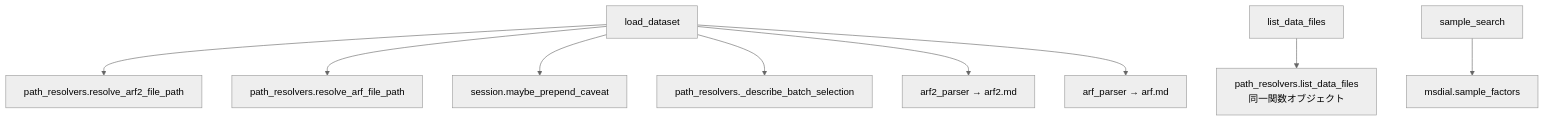
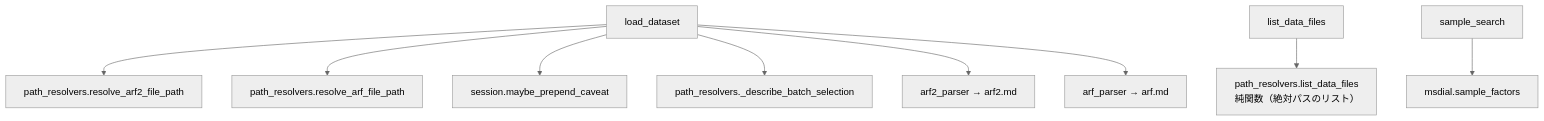
The diagram in docs/workflow/dataset.md (systemsomicslab/Lipidmix_with_LLM), drawn with Mermaid (neutral theme) before and after one commit. The commit also changed other lines of this file and 34 other files, not shown here.

````diff
--- a/docs/workflow/dataset.md
+++ b/docs/workflow/dataset.md
@@ -7,11 +7,11 @@
 ```mermaid
 flowchart TD
     LD[load_dataset] --> RES1[path_resolvers.resolve_arf2_file_path]
     LD --> RES2[path_resolvers.resolve_arf_file_path]
     LD --> CAV[session.maybe_prepend_caveat]
     LD --> BATCH[path_resolvers._describe_batch_selection]
     LD --> A2[arf2_parser → arf2.md]
     LD --> A1[arf_parser → arf.md]
-    LDF[list_data_files] --> PR[path_resolvers.list_data_files<br/>同一関数オブジェクト]
+    LDF[list_data_files] --> PR[path_resolvers.list_data_files<br/>純関数（絶対パスのリスト）]
     SS[sample_search] --> SF[msdial.sample_factors]
 ```
````
